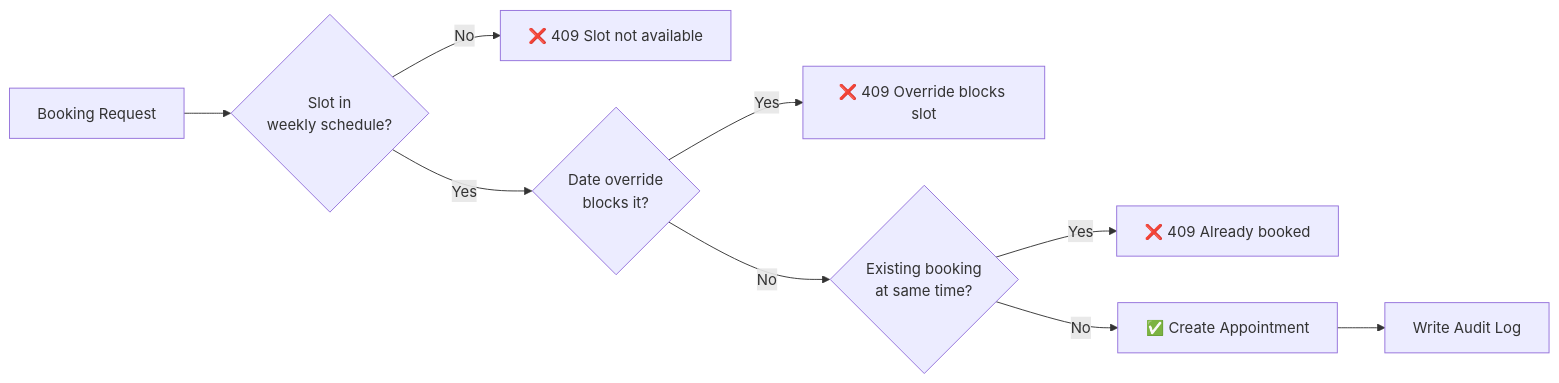
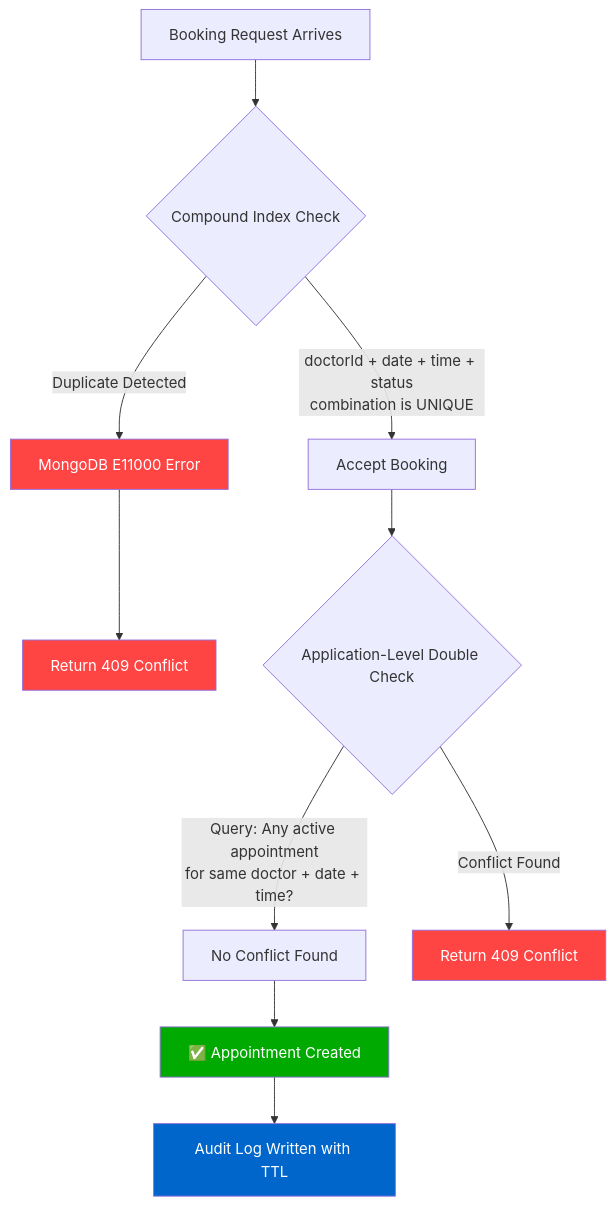
One commit to Sarika-stack23/Healthcare-booking-platform changed the third of 3 diagrams in Readme.md. Above: the diagram before and after it, drawn with Mermaid. The commit also changed other lines of this file, not shown here.

````diff
--- a/Readme.md
+++ b/Readme.md
@@ -112,11 +140,18 @@
 ```mermaid
-flowchart LR
-    A[Booking Request] --> B{Slot in<br/>weekly schedule?}
-    B -->|No| X1[❌ 409 Slot not available]
-    B -->|Yes| C{Date override<br/>blocks it?}
-    C -->|Yes| X2[❌ 409 Override blocks slot]
-    C -->|No| D{Existing booking<br/>at same time?}
-    D -->|Yes| X3[❌ 409 Already booked]
-    D -->|No| E[✅ Create Appointment]
-    E --> F[Write Audit Log]
+flowchart TD
+    A[Booking Request Arrives] --> B{Compound Index Check}
+    B -->|"doctorId + date + time + status<br/>combination is UNIQUE"| C[Accept Booking]
+    B -->|Duplicate Detected| D[MongoDB E11000 Error]
+    D --> E[Return 409 Conflict]
+    C --> F{Application-Level Double Check}
+    F -->|"Query: Any active appointment<br/>for same doctor + date + time?"| G[No Conflict Found]
+    F -->|Conflict Found| H[Return 409 Conflict]
+    G --> I[✅ Appointment Created]
+    I --> J[Audit Log Written with TTL]
+
+    style D fill:#ff4444,color:#fff
+    style E fill:#ff4444,color:#fff
+    style H fill:#ff4444,color:#fff
+    style I fill:#00aa00,color:#fff
+    style J fill:#0066cc,color:#fff
 ```
````
